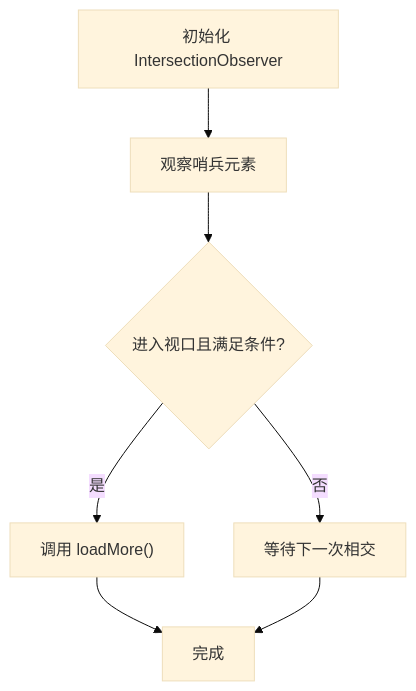
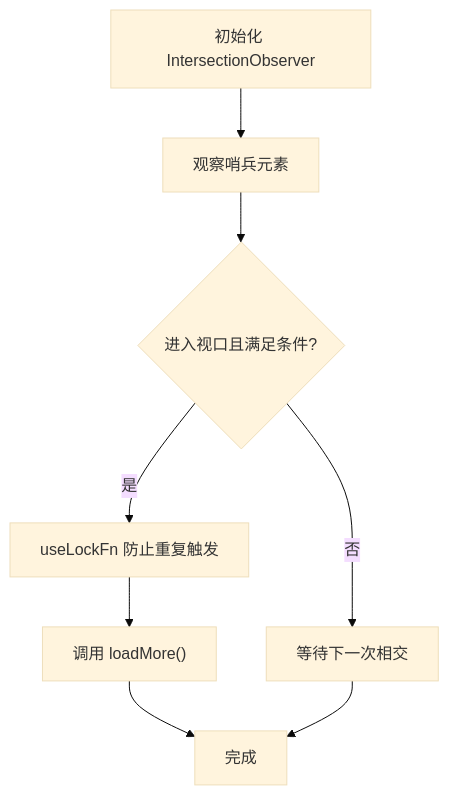
Before and after one commit to RadiumAg/image-saas: the fifth of 8 diagrams in .qoder/repowiki/zh/content/前端组件架构/功能组件/数据展示组件.md, drawn with Mermaid (base theme). The commit also changed other lines of this file and 60 other files, not shown here.

````diff
--- a/.qoder/repowiki/zh/content/前端组件架构/功能组件/数据展示组件.md
+++ b/.qoder/repowiki/zh/content/前端组件架构/功能组件/数据展示组件.md
@@ -265,9 +259,10 @@
 ```mermaid
 flowchart TD
 Init["初始化 IntersectionObserver"] --> Observe["观察哨兵元素"]
 Observe --> Intersect{"进入视口且满足条件?"}
-Intersect --> |是| Load["调用 loadMore()"]
+Intersect --> |是| Lock["useLockFn 防止重复触发"]
+Lock --> Load["调用 loadMore()"]
 Intersect --> |否| Wait["等待下一次相交"]
 Load --> End["完成"]
 Wait --> End
 ```
````
